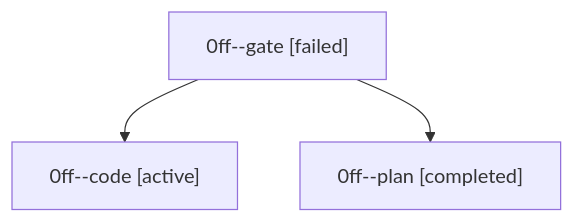
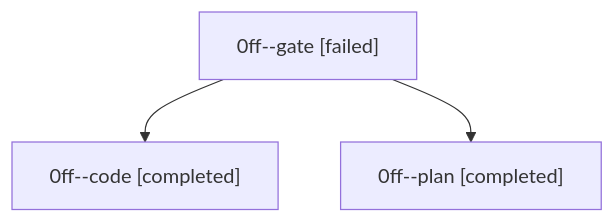
Before and after one commit to bobs-org/bob-cli--agents: the diagram in families/bbugyi200.athena.0ff.md, drawn with Mermaid. The commit also changed other lines of this file and 38 other files, not shown here.

````diff
--- a/families/bbugyi200.athena.0ff.md
+++ b/families/bbugyi200.athena.0ff.md
@@ -9,8 +9,8 @@
 ```mermaid
 flowchart TD
   n0["0ff--gate [failed]"]
-  n1["0ff--code [active]"]
+  n1["0ff--code [completed]"]
   n0 --> n1
   n2["0ff--plan [completed]"]
   n0 --> n2
 ```
````
